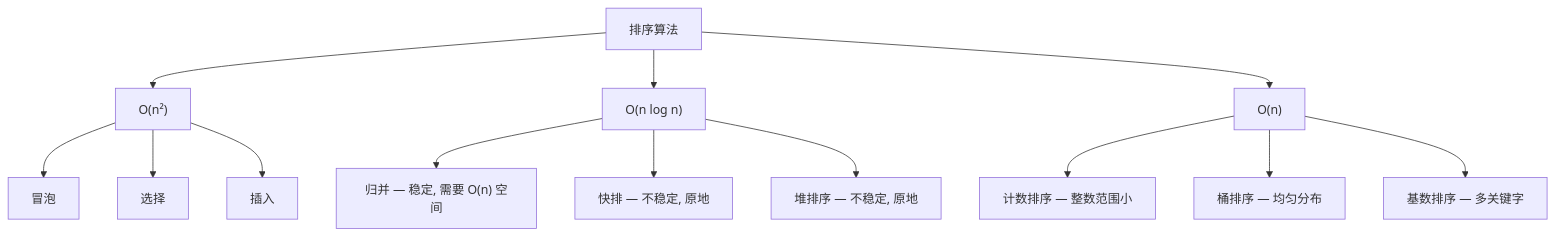
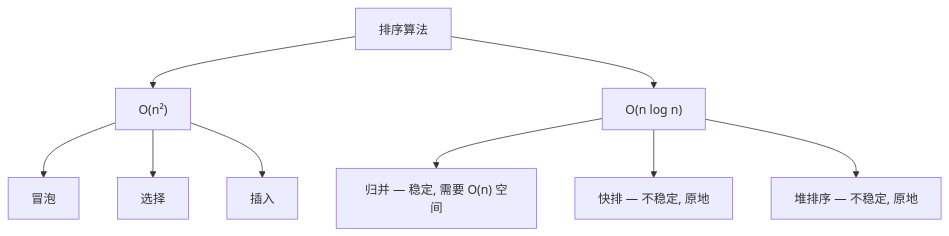
The second of 3 diagrams in dsa-deep-dive.md (SilkLee/full-stack-guide), drawn with Mermaid before and after one commit. The commit also changed other lines of this file, not shown here.

````diff
--- a/dsa-deep-dive.md
+++ b/dsa-deep-dive.md
@@ -389,18 +310,13 @@
 ```mermaid
 flowchart TB
     SORT["排序算法"]
     SORT --> N2["O(n²)"]
     N2 --> BUBBLE["冒泡"]
     N2 --> SELECT["选择"]
     N2 --> INSERT["插入"]
     
     SORT --> NLOGN["O(n log n)"]
     NLOGN --> MERGE["归并 — 稳定, 需要 O(n) 空间"]
     NLOGN --> QUICK["快排 — 不稳定, 原地"]
     NLOGN --> HEAP["堆排序 — 不稳定, 原地"]
-    
-    SORT --> LINEAR["O(n)"]
-    LINEAR --> COUNT["计数排序 — 整数范围小"]
-    LINEAR --> BUCKET["桶排序 — 均匀分布"]
-    LINEAR --> RADIX["基数排序 — 多关键字"]
 ```
````
